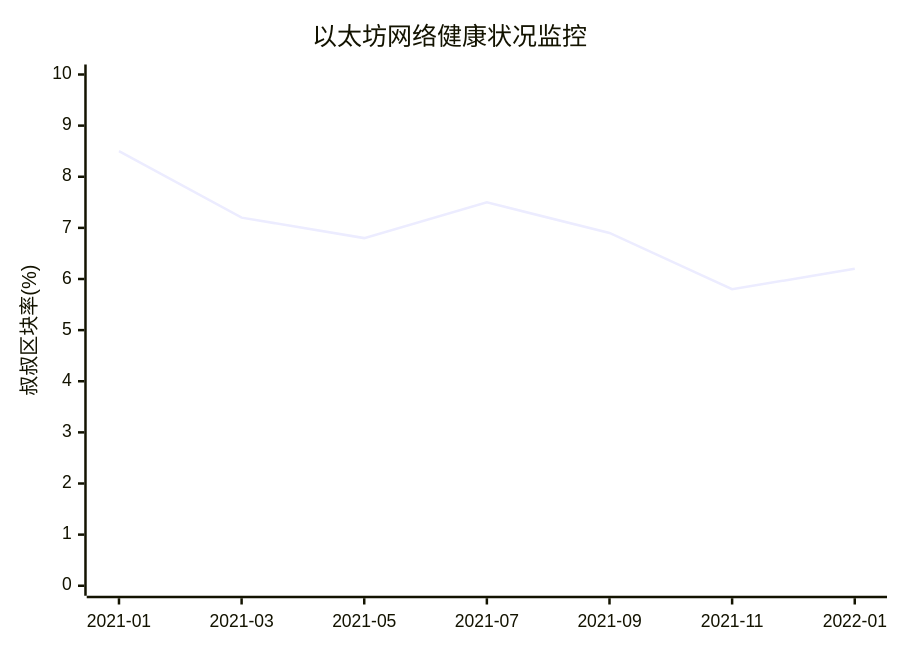
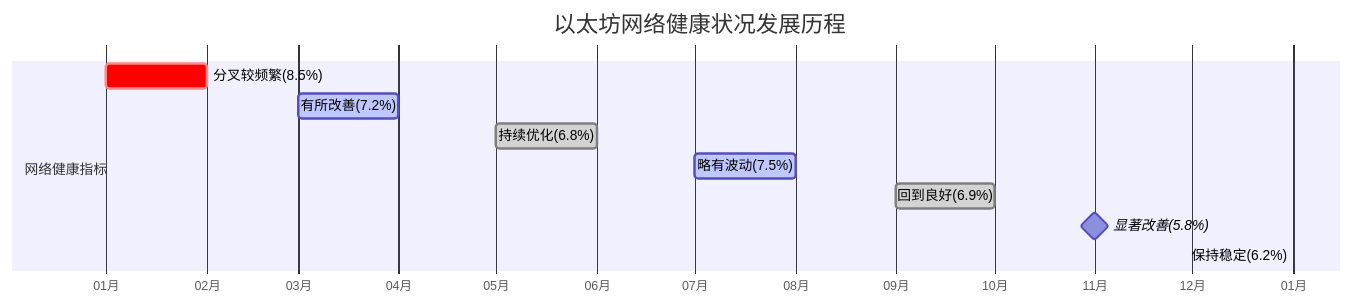
The seventh of 7 diagrams in Docs/3——以太坊（ETH）/18——ETH-GHOST(Av37065233,P18).md (guoying2026/blockchain-tutorial), drawn with Mermaid before and after one commit. The commit also changed other lines of this file, not shown here.

````diff
--- a/Docs/3——以太坊（ETH）/18——ETH-GHOST(Av37065233,P18).md
+++ b/Docs/3——以太坊（ETH）/18——ETH-GHOST(Av37065233,P18).md
@@ -617,7 +729,15 @@
 ```mermaid
-xychart-beta
-    title "以太坊网络健康状况监控"
-    x-axis [2021-01, 2021-03, 2021-05, 2021-07, 2021-09, 2021-11, 2022-01]
-    y-axis "叔叔区块率(%)" 0 --> 10
-    line [8.5, 7.2, 6.8, 7.5, 6.9, 5.8, 6.2]
+gantt
+    title 以太坊网络健康状况发展历程
+    dateFormat YYYY-MM
+    axisFormat %m月
+    
+    section 网络健康指标
+    分叉较频繁(8.5%)    :crit, 2021-01, 2021-02
+    有所改善(7.2%)      :active, 2021-03, 2021-04
+    持续优化(6.8%)      :done, 2021-05, 2021-06
+    略有波动(7.5%)      :active, 2021-07, 2021-08
+    回到良好(6.9%)      :done, 2021-09, 2021-10
+    显著改善(5.8%)      :milestone, 2021-11, 2021-11
+    保持稳定(6.2%)      :done, 2022-01, 2022-01
 ```
````
